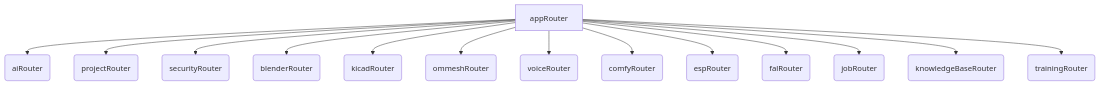
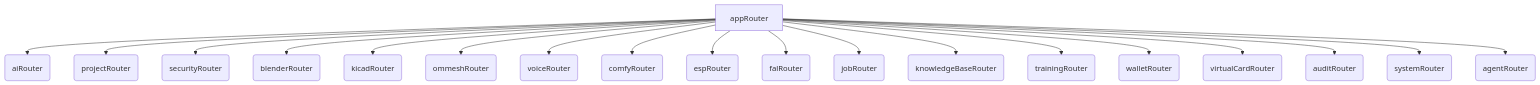
One commit to Clarkescustomcreations/OmnecorV1-Beta changed the diagram in docs/api/TRPC_API.md. Above: the diagram before and after it, drawn with Mermaid. The commit also changed other lines of this file and 114 other files, not shown here.

````diff
--- a/docs/api/TRPC_API.md
+++ b/docs/api/TRPC_API.md
@@ -20,16 +20,21 @@
 ```mermaid
 graph TD
     A[appRouter] --> B(aiRouter)
     A --> C(projectRouter)
     A --> D(securityRouter)
     A --> E(blenderRouter)
     A --> F(kicadRouter)
     A --> G(ommeshRouter)
     A --> H(voiceRouter)
     A --> I(comfyRouter)
     A --> J(espRouter)
     A --> K(falRouter)
     A --> L(jobRouter)
     A --> M(knowledgeBaseRouter)
     A --> N(trainingRouter)
+    A --> O(walletRouter)
+    A --> P(virtualCardRouter)
+    A --> Q(auditRouter)
+    A --> R(systemRouter)
+    A --> S(agentRouter)
 ```
````
